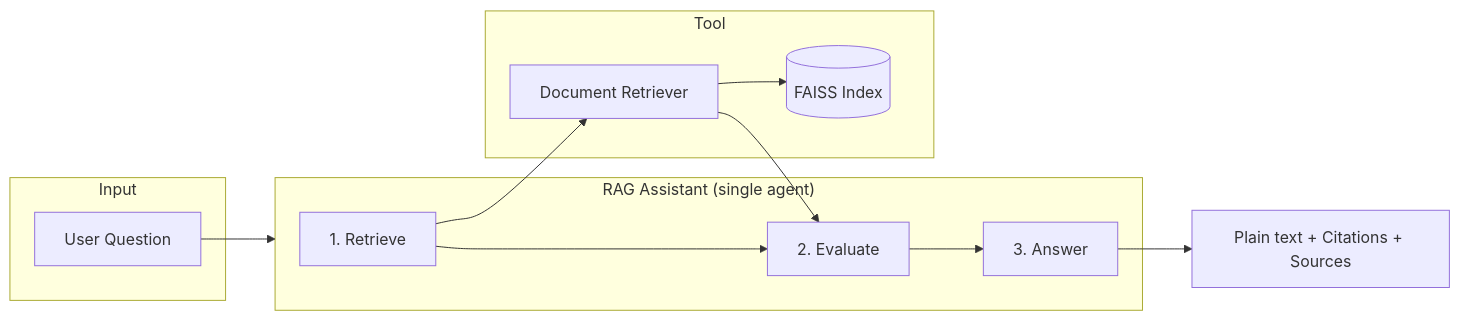
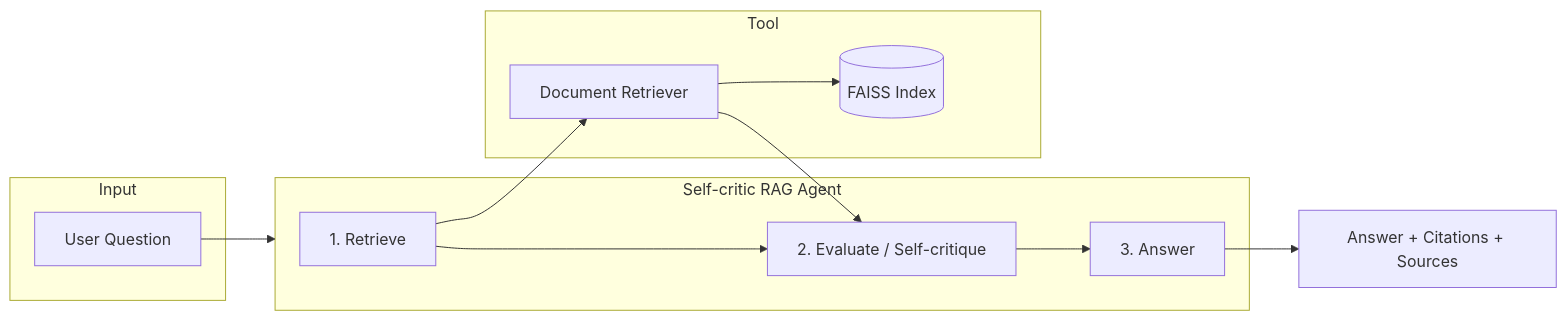
Before and after one commit to parvejhosen257/selise-interview-project-parvej: the diagram in README.md, drawn with Mermaid. The commit also changed other lines of this file, not shown here.

Commit message:
Docs: describe agent as self-critic, remove plain text / one-step phrasing

````diff
--- a/README.md
+++ b/README.md
@@ -60,24 +60,24 @@
 ```mermaid
 flowchart LR
     subgraph Input
         Q[User Question]
     end
 
-    subgraph Agent["RAG Assistant (single agent)"]
+    subgraph Agent["Self-critic RAG Agent"]
         S1[1. Retrieve]
-        S2[2. Evaluate]
+        S2[2. Evaluate / Self-critique]
         S3[3. Answer]
         S1 --> S2 --> S3
     end
 
     subgraph Tool
         T[Document Retriever]
         DB[(FAISS Index)]
         T --> DB
     end
 
     Q --> Agent
     S1 --> T
     T --> S2
-    S3 --> Out[Plain text + Citations + Sources]
+    S3 --> Out[Answer + Citations + Sources]
 ```
````
